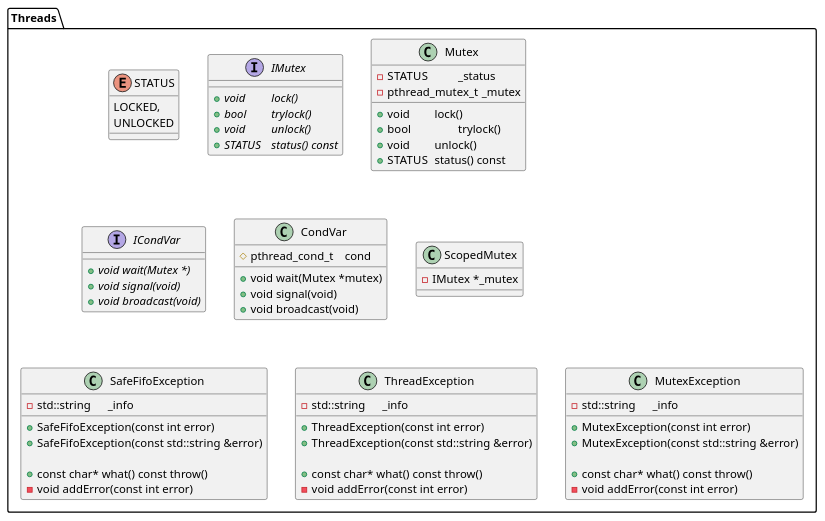
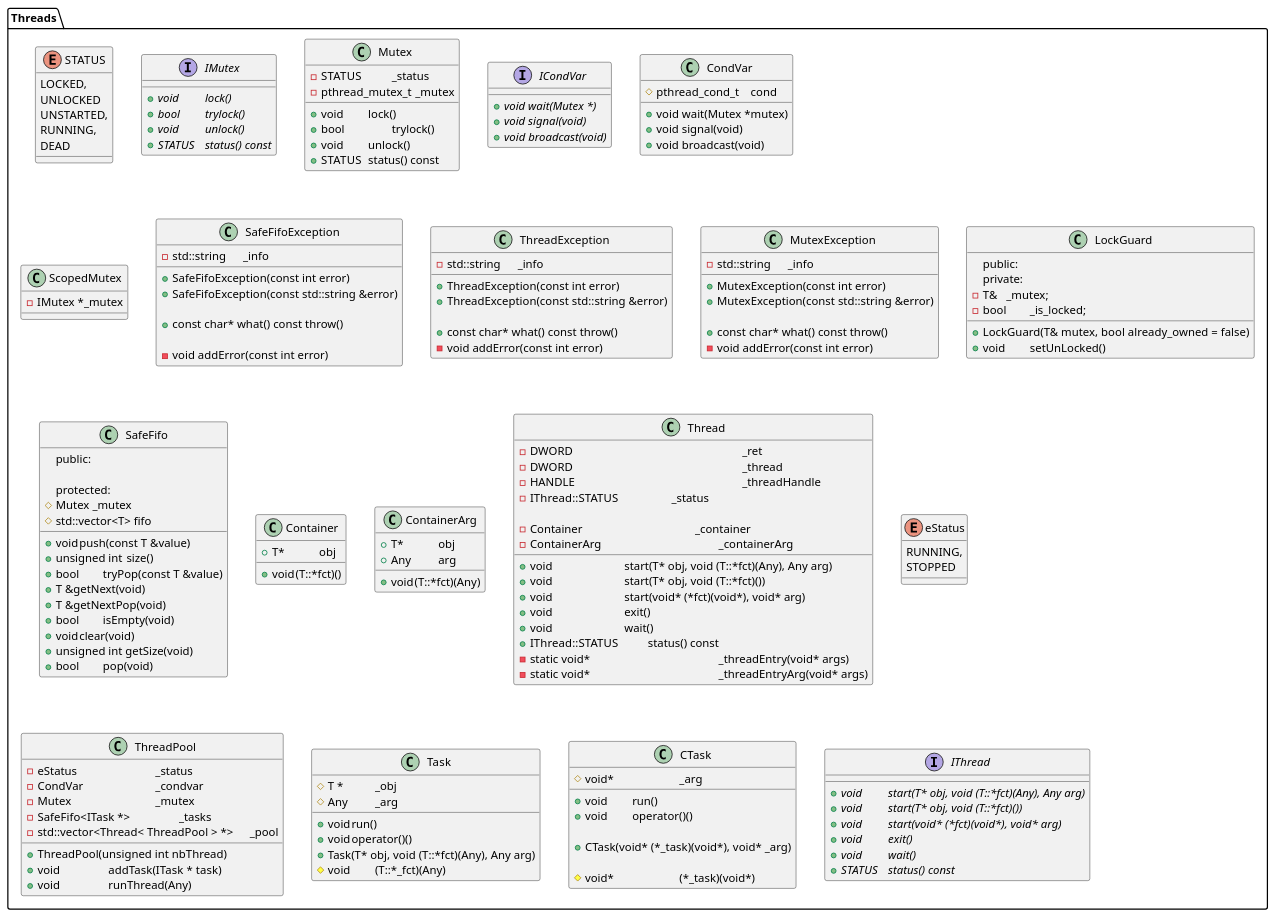
Before and after one commit to deb0ch/R-Type: the diagram in doc/UML/Threads-Classes.iuml, drawn with PlantUML.

Commit message:
complétion doc threads

```diff
--- a/doc/UML/Threads-Classes.iuml
+++ b/doc/UML/Threads-Classes.iuml
@@ -1,86 +1,191 @@
 package Threads {
 
 enum	STATUS {
       LOCKED,
       UNLOCKED
     }
 
 interface IMutex {
 
   + {abstract} void		lock()
   + {abstract} bool		trylock()
   + {abstract} void		unlock()
   + {abstract} STATUS	status() const
 }
 
 class Mutex {
 
   + void		lock()
   + bool		trylock()
   + void		unlock()
   + STATUS	status() const
 
 
   - STATUS		_status
   - pthread_mutex_t	_mutex
 }
 
 interface ICondVar {
 
   + {abstract} void wait(Mutex *)
   + {abstract} void signal(void)
   + {abstract} void broadcast(void)
 }
 
 class CondVar {
 
   # pthread_cond_t	cond
 
 
   + void wait(Mutex *mutex)
   + void signal(void)
   + void broadcast(void)
 }
 
 class ScopedMutex {
 
 	- IMutex *_mutex
 }
 
 class SafeFifoException {
 
   + SafeFifoException(const int error)
   + SafeFifoException(const std::string &error)
 
   + const char* what() const throw()
 
-
   - void addError(const int error)
   - std::string	_info
 }
 
 class ThreadException {
 
   + ThreadException(const int error)
   + ThreadException(const std::string &error)
 
   + const char* what() const throw()
 
 
   - void addError(const int error)
   - std::string	_info
 }
 
 class MutexException {
 
   + MutexException(const int error)
   + MutexException(const std::string &error)
 
   + const char* what() const throw()
 
 
   - void addError(const int error)
   - std::string	_info
 }
 
+class LockGuard {
+public:
+  + LockGuard(T& mutex, bool already_owned = false)
+  + void		setUnLocked()
+private:
+  - T&	_mutex;
+  - bool	_is_locked;
 }
+
+class SafeFifo {
+public:
+  + void	push(const T &value)
+  + unsigned int	size()
+  + bool	tryPop(const T &value)
+  + T &getNext(void)
+  + T &getNextPop(void)
+  + bool	isEmpty(void)
+  + void	clear(void)
+  + unsigned int getSize(void)
+  + bool	pop(void)
+
+protected:
+  # Mutex _mutex
+  # std::vector<T> fifo
+}
+
+class		Container {
+  + T*		obj
+  + void	(T::*fct)()
+}
+
+class		ContainerArg {
+  + T*		obj
+  + void	(T::*fct)(Any)
+  + Any		arg
+}
+
+class Thread {
+	+ void				start(T* obj, void (T::*fct)(Any), Any arg)
+	+ void				start(T* obj, void (T::*fct)())
+	+ void				start(void* (*fct)(void*), void* arg)
+	+ void				exit()
+	+ void				wait()
+	+ IThread::STATUS		status() const
+
+	- DWORD								_ret
+	- DWORD								_thread
+	- HANDLE								_threadHandle
+	- IThread::STATUS			_status
+
+	- Container					_container
+	- ContainerArg					_containerArg
+
+	- static void*						_threadEntry(void* args)
+	- static void*						_threadEntryArg(void* args)
+}
+
+  enum	eStatus {
+      RUNNING,
+      STOPPED
+    }
+
+class ThreadPool {
+  + ThreadPool(unsigned int nbThread)
+  + void			addTask(ITask * task)
+  + void			runThread(Any)
+
+  - eStatus				_status
+  - CondVar				_condvar
+  - Mutex				_mutex
+  - SafeFifo<ITask *>			_tasks
+  - std::vector<Thread< ThreadPool > *>	_pool
+}
+
+class Task {
+  + void	run()
+  + void	operator()()
+  + Task(T* obj, void (T::*fct)(Any), Any arg)
+  # T *		_obj
+  # void		(T::*_fct)(Any)
+  # Any		_arg
+}
+
+class CTask {
+  + void		run()
+  + void		operator()()
+
+  + CTask(void* (*_task)(void*), void* _arg)
+
+  # void*			(*_task)(void*)
+  # void*			_arg
+}
+
+  enum STATUS {
+      UNSTARTED,
+      RUNNING,
+      DEAD
+    }
+
+interface	IThread {
+  + {abstract} void		start(T* obj, void (T::*fct)(Any), Any arg)
+  + {abstract} void		start(T* obj, void (T::*fct)())
+  + {abstract} void		start(void* (*fct)(void*), void* arg)
+  + {abstract} void		exit()
+  + {abstract} void		wait()
+  + {abstract} STATUS	status() const
+}
```
